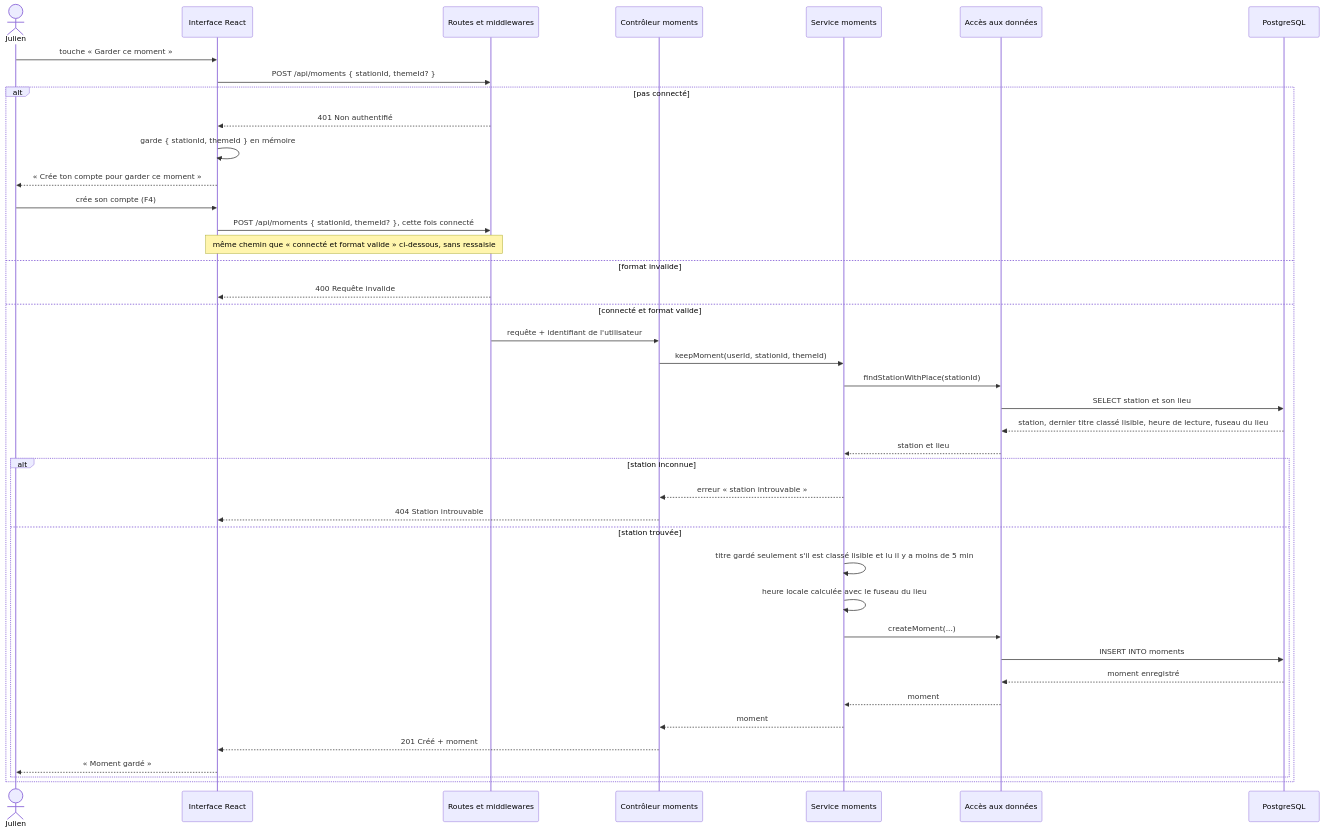
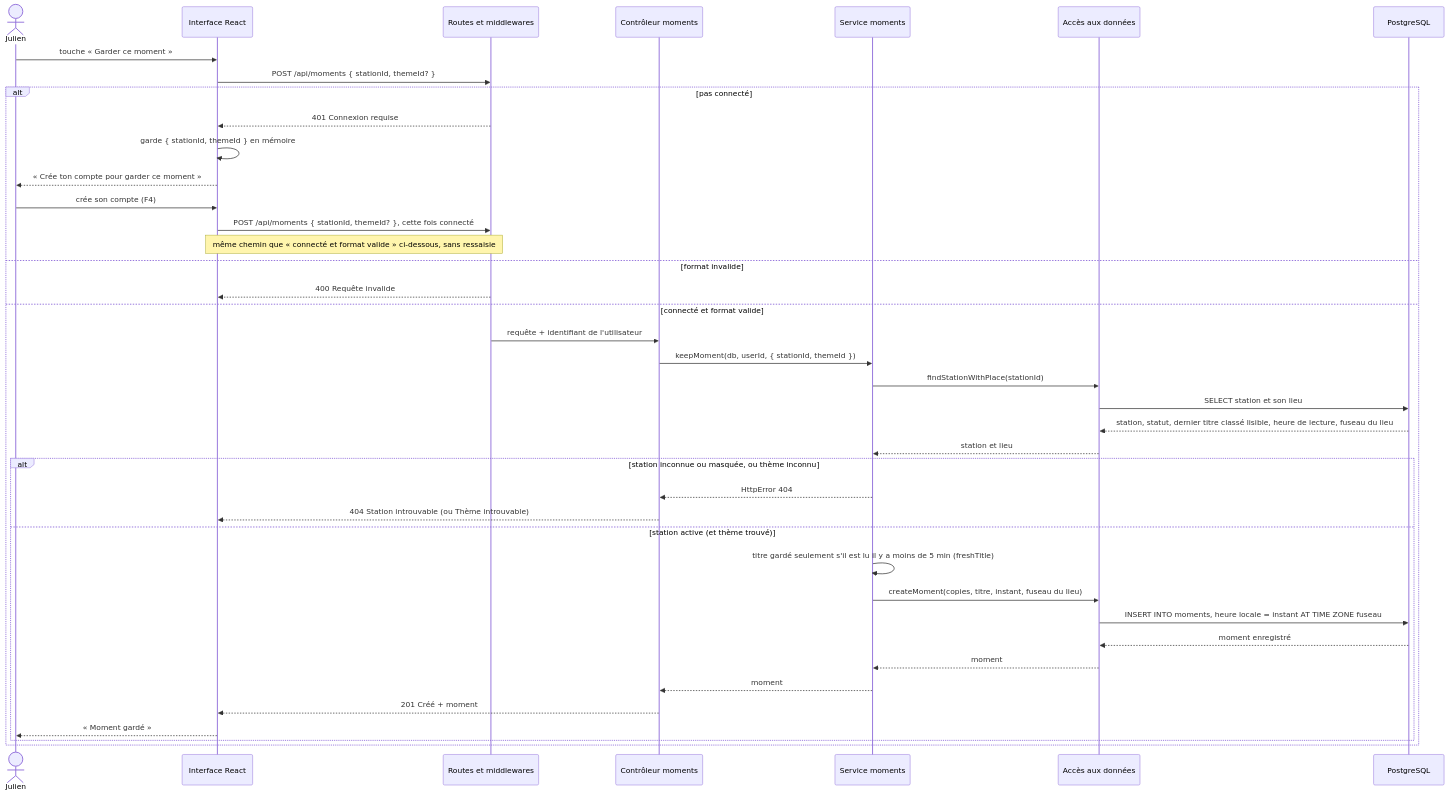
Before and after one commit to gvlaurent/elsewhere: the tenth of 10 diagrams in docs/architecture.md, drawn with Mermaid. The commit also changed other lines of this file and 2 other files, not shown here.

Commit message:
docs: moments codés dans l'architecture, ADR-0009 sur l'accès propriétaire (ELS-19)

````diff
--- a/docs/architecture.md
+++ b/docs/architecture.md
@@ -478,44 +506,43 @@
 ```mermaid
 sequenceDiagram
     actor J as Julien
     participant N as Interface React
     participant R as Routes et middlewares
     participant C as Contrôleur moments
     participant S as Service moments
     participant D as Accès aux données
     participant B as PostgreSQL
 
     J->>N: touche « Garder ce moment »
     N->>R: POST /api/moments { stationId, themeId? }
     alt pas connecté
-        R-->>N: 401 Non authentifié
+        R-->>N: 401 Connexion requise
         N->>N: garde { stationId, themeId } en mémoire
         N-->>J: « Crée ton compte pour garder ce moment »
         J->>N: crée son compte (F4)
         N->>R: POST /api/moments { stationId, themeId? }, cette fois connecté
         Note over N,R: même chemin que « connecté et format valide » ci-dessous, sans ressaisie
     else format invalide
         R-->>N: 400 Requête invalide
     else connecté et format valide
         R->>C: requête + identifiant de l'utilisateur
-        C->>S: keepMoment(userId, stationId, themeId)
+        C->>S: keepMoment(db, userId, { stationId, themeId })
         S->>D: findStationWithPlace(stationId)
         D->>B: SELECT station et son lieu
-        B-->>D: station, dernier titre classé lisible, heure de lecture, fuseau du lieu
+        B-->>D: station, statut, dernier titre classé lisible, heure de lecture, fuseau du lieu
         D-->>S: station et lieu
-        alt station inconnue
-            S-->>C: erreur « station introuvable »
-            C-->>N: 404 Station introuvable
-        else station trouvée
-            S->>S: titre gardé seulement s'il est classé lisible et lu il y a moins de 5 min
-            S->>S: heure locale calculée avec le fuseau du lieu
-            S->>D: createMoment(...)
-            D->>B: INSERT INTO moments
+        alt station inconnue ou masquée, ou thème inconnu
+            S-->>C: HttpError 404
+            C-->>N: 404 Station introuvable (ou Thème introuvable)
+        else station active (et thème trouvé)
+            S->>S: titre gardé seulement s'il est lu il y a moins de 5 min (freshTitle)
+            S->>D: createMoment(copies, titre, instant, fuseau du lieu)
+            D->>B: INSERT INTO moments, heure locale = instant AT TIME ZONE fuseau
             B-->>D: moment enregistré
             D-->>S: moment
             S-->>C: moment
             C-->>N: 201 Créé + moment
             N-->>J: « Moment gardé »
         end
     end
 ```
````
